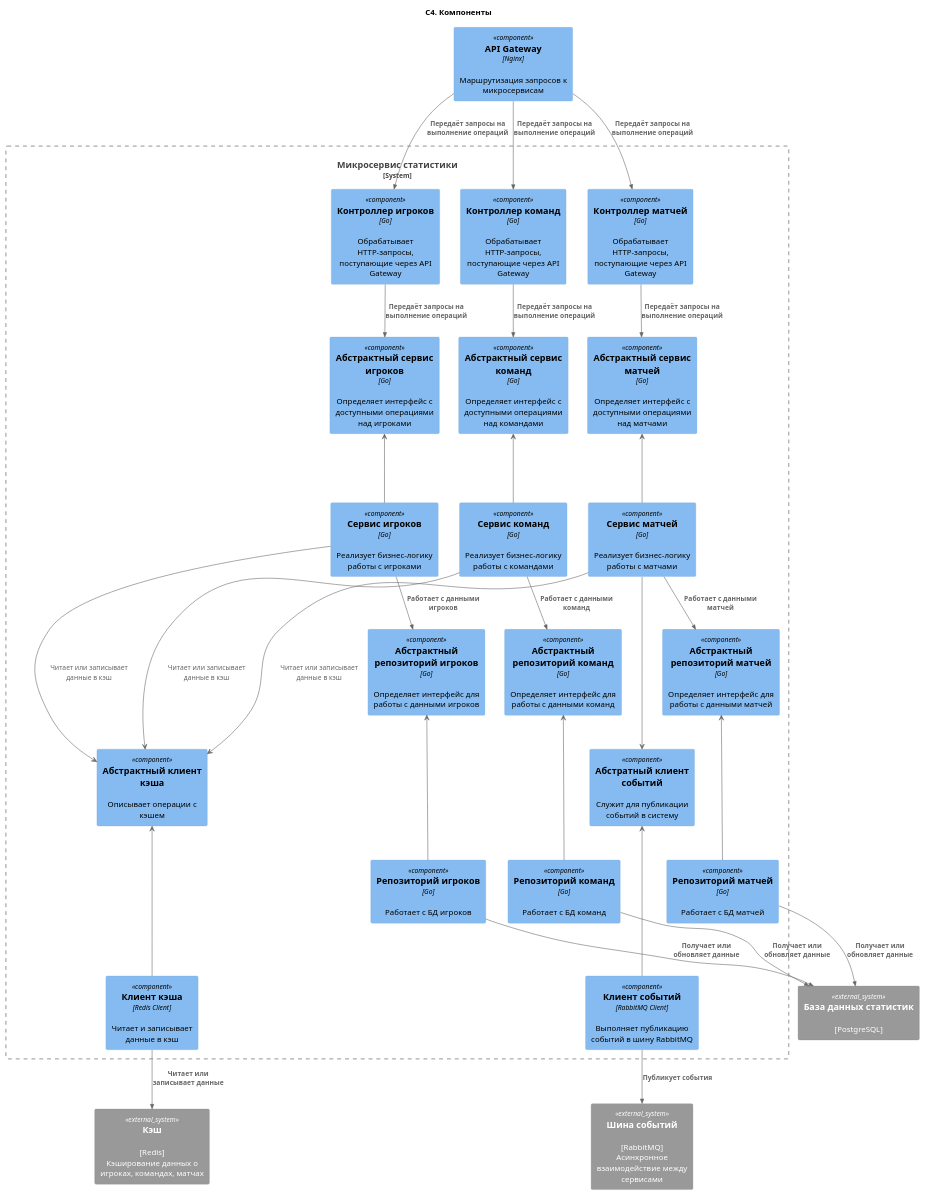
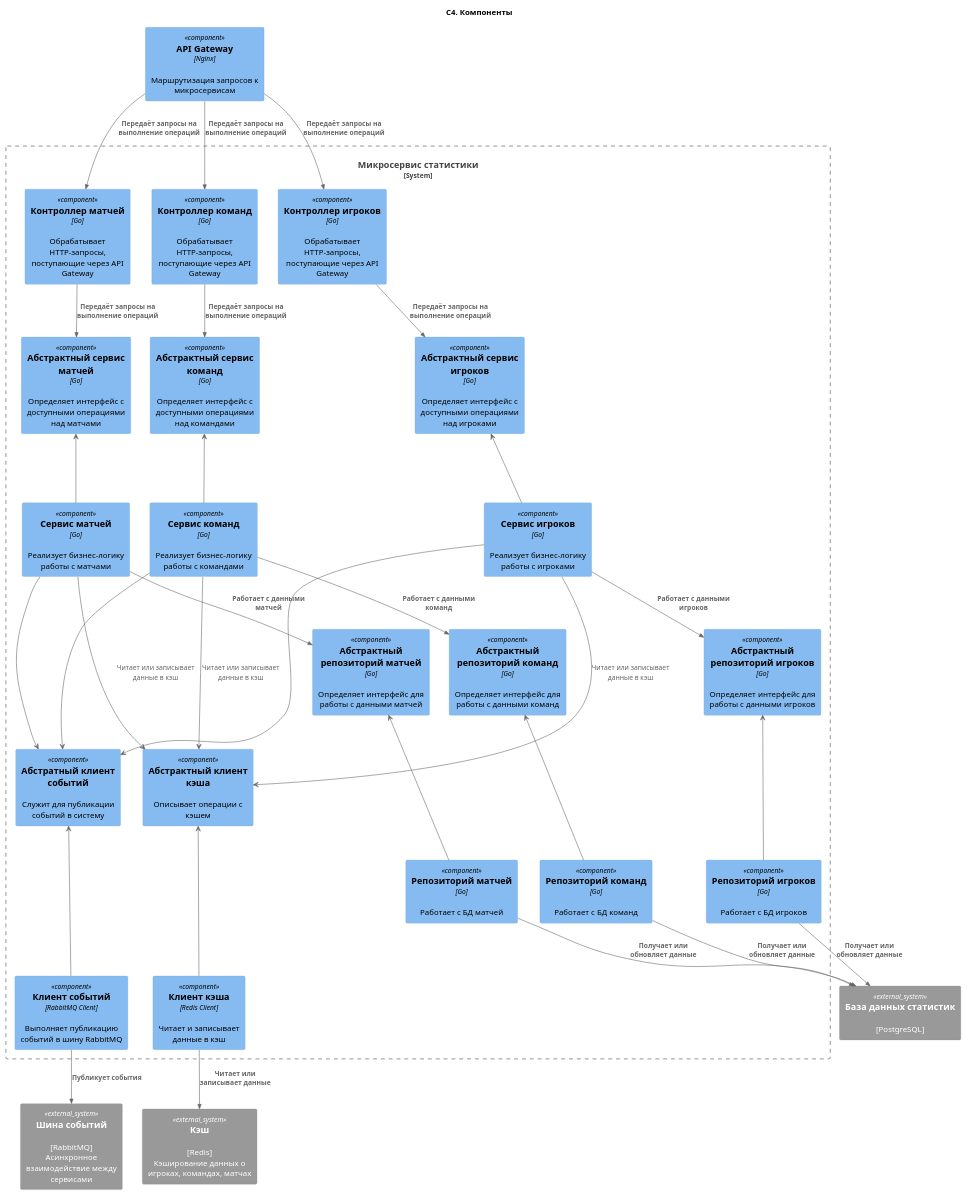
Before and after one commit to pdani1ov/project_doc: the diagram in 2. Технический проект/components.puml, drawn with PlantUML.

Commit message:
Добавил отправку событий при измений данных игроков, команд

```diff
--- a/2. Технический проект/components.puml
+++ b/2. Технический проект/components.puml
@@ -1,76 +1,79 @@
 @startuml Component
 title "C4. Компоненты"
 
 !include <C4/C4_Component>
 
 Component(apiGateway, "API Gateway", "Nginx", "Маршрутизация запросов к микросервисам")
 
 System_Boundary(productService, "Микросервис статистики") {
     Component(playerController, "Контроллер игроков", "Go", "Обрабатывает HTTP-запросы, поступающие через API Gateway")
     Component(teamController, "Контроллер команд", "Go", "Обрабатывает HTTP-запросы, поступающие через API Gateway")
     Component(matchController, "Контроллер матчей", "Go", "Обрабатывает HTTP-запросы, поступающие через API Gateway")
     
     Component(playerInterfaceService, "Абстрактный сервис игроков", "Go", "Определяет интерфейс с доступными операциями над игроками")
     Component(teamInterfaceService, "Абстрактный сервис команд", "Go", "Определяет интерфейс с доступными операциями над командами")
     Component(matchInterfaceService, "Абстрактный сервис матчей", "Go", "Определяет интерфейс с доступными операциями над матчами")
     
     Component(playerService, "Сервис игроков", "Go", "Реализует бизнес-логику работы с игроками")
     Component(teamService, "Сервис команд", "Go", "Реализует бизнес-логику работы с командами")
     Component(matchService, "Сервис матчей", "Go", "Реализует бизнес-логику работы с матчами")
     
     Component(playerInterfaceRepository, "Абстрактный репозиторий игроков", "Go", "Определяет интерфейс для работы с данными игроков")
     Component(teamInterfaceRepository, "Абстрактный репозиторий команд", "Go", "Определяет интерфейс для работы с данными команд")
     Component(matchInterfaceRepository, "Абстрактный репозиторий матчей", "Go", "Определяет интерфейс для работы с данными матчей")
     
     Component(playerRepository, "Репозиторий игроков", "Go", "Работает с БД игроков")
     Component(teamRepository, "Репозиторий команд", "Go", "Работает с БД команд")
     Component(matchRepository, "Репозиторий матчей", "Go", "Работает с БД матчей")
     
     Component(interfaceCacheClient, "Абстрактный клиент кэша", "", "Описывает операции с кэшем")
     Component(cacheClient, "Клиент кэша", "Redis Client", "Читает и записывает данные в кэш")
 
     Component(eventInterfaceClient, "Абстратный клиент событий", "", "Служит для публикации событий в систему")
     Component(eventClient, "Клиент событий", "RabbitMQ Client", "Выполняет публикацию событий в шину RabbitMQ")
 }
 
 System_Ext(redis, "Кэш", "[Redis]\nКэширование данных о игроках, командах, матчах")
 System_Ext(db, "База данных статистик", "[PostgreSQL]")
 System_Ext(eventBus, "Шина событий", "[RabbitMQ]\nАсинхронное взаимодействие между сервисами")
 
 Rel(apiGateway, playerController, "Передаёт запросы на выполнение операций")
 Rel(apiGateway, teamController, "Передаёт запросы на выполнение операций")
 Rel(apiGateway, matchController, "Передаёт запросы на выполнение операций")
 
 playerInterfaceService <--- playerService
 teamInterfaceService <--- teamService
 matchInterfaceService <---matchService
 
 playerInterfaceRepository <--- playerRepository
 teamInterfaceRepository <--- teamRepository
 matchInterfaceRepository <--- matchRepository
 
 interfaceCacheClient <--- cacheClient
 
 Rel(playerController, playerInterfaceService, "Передаёт запросы на выполнение операций")
 Rel(teamController, teamInterfaceService, "Передаёт запросы на выполнение операций")
 Rel(matchController, matchInterfaceService, "Передаёт запросы на выполнение операций")
 
 Rel(playerService, playerInterfaceRepository, "Работает с данными игроков")
 Rel(teamService, teamInterfaceRepository, "Работает с данными команд")
 Rel(matchService, matchInterfaceRepository, "Работает с данными матчей")
 
 playerService ---> interfaceCacheClient : Читает или записывает данные в кэш
 teamService ---> interfaceCacheClient : Читает или записывает данные в кэш
 matchService ---> interfaceCacheClient : Читает или записывает данные в кэш
 
-matchService ---> eventInterfaceClient
-eventInterfaceClient <--- eventClient
-
 Rel(playerRepository, db, "Получает или обновляет данные")
 Rel(teamRepository, db, "Получает или обновляет данные")
 Rel(matchRepository, db, "Получает или обновляет данные")
+
+playerService ---> eventInterfaceClient
+teamService ---> eventInterfaceClient
+matchService ---> eventInterfaceClient
+
+eventInterfaceClient <--- eventClient
 
 Rel(cacheClient, redis, "Читает или записывает данные")
 Rel(eventClient, eventBus, "Публикует события")
 
 @enduml
```
